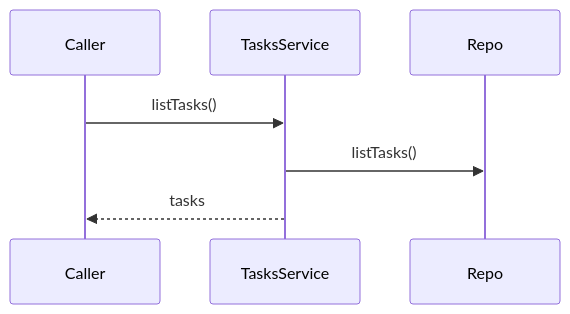
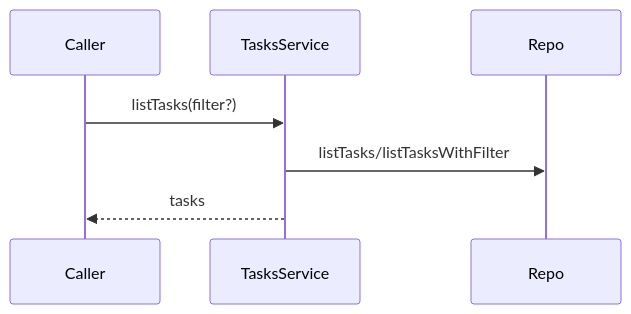
The first of 11 diagrams in src/backend/domains/tasks/README.md (TurtleStoffel/tektite-console), drawn with Mermaid before and after one commit. The commit also changed other lines of this file and 4 other files, not shown here.

````diff
--- a/src/backend/domains/tasks/README.md
+++ b/src/backend/domains/tasks/README.md
@@ -9,9 +9,9 @@
 ```mermaid
 sequenceDiagram
     participant Caller
     participant TasksService
     participant Repo
-    Caller->>TasksService: listTasks()
-    TasksService->>Repo: listTasks()
+    Caller->>TasksService: listTasks(filter?)
+    TasksService->>Repo: listTasks/listTasksWithFilter
     TasksService-->>Caller: tasks
 ```
````
